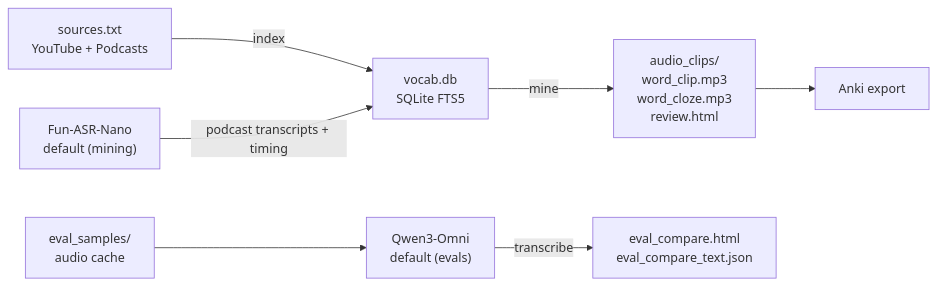
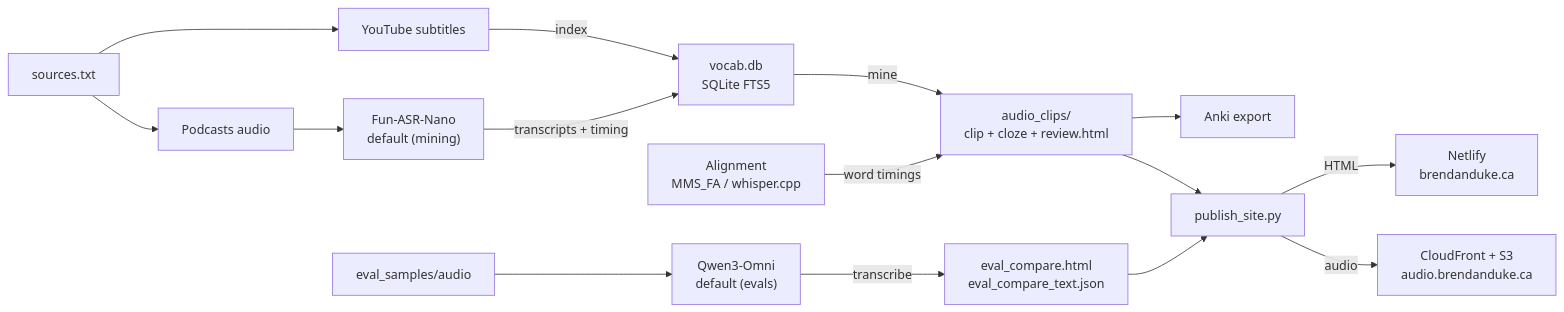
Before and after one commit to dukebw/audio-cloze: the diagram in README.md, drawn with Mermaid.

Commit message:
docs: expand project diagram

````diff
--- a/README.md
+++ b/README.md
@@ -9,16 +9,31 @@
 ```mermaid
 flowchart LR
-  Sources["sources.txt<br/>YouTube + Podcasts"]
+  Sources["sources.txt"]
+  YT["YouTube subtitles"]
+  Pod["Podcasts audio"]
+  ASRIndex["Fun-ASR-Nano<br/>default (mining)"]
   DB["vocab.db<br/>SQLite FTS5"]
-  ASRIndex["Fun-ASR-Nano<br/>default (mining)"]
-  Clips["audio_clips/<br/>word_clip.mp3<br/>word_cloze.mp3<br/>review.html"]
-  Anki["Anki export"]
-  EvalAudio["eval_samples/<br/>audio cache"]
+  Align["Alignment<br/>MMS_FA / whisper.cpp"]
+  Clips["audio_clips/<br/>clip + cloze + review.html"]
+  Export["Anki export"]
+
+  EvalAudio["eval_samples/audio"]
   EvalASR["Qwen3-Omni<br/>default (evals)"]
   EvalReport["eval_compare.html<br/>eval_compare_text.json"]
 
-  Sources -->|index| DB
-  ASRIndex -->|podcast transcripts + timing| DB
-  DB -->|mine| Clips --> Anki
+  Publish["publish_site.py"]
+  Site["Netlify<br/>brendanduke.ca"]
+  CDN["CloudFront + S3<br/>audio.brendanduke.ca"]
+
+  Sources --> YT
+  Sources --> Pod
+  YT -->|index| DB
+  Pod --> ASRIndex -->|transcripts + timing| DB
+  DB -->|mine| Clips --> Export
+  Align -->|word timings| Clips
   EvalAudio --> EvalASR -->|transcribe| EvalReport
+  Clips --> Publish
+  EvalReport --> Publish
+  Publish -->|HTML| Site
+  Publish -->|audio| CDN
 ```
````
